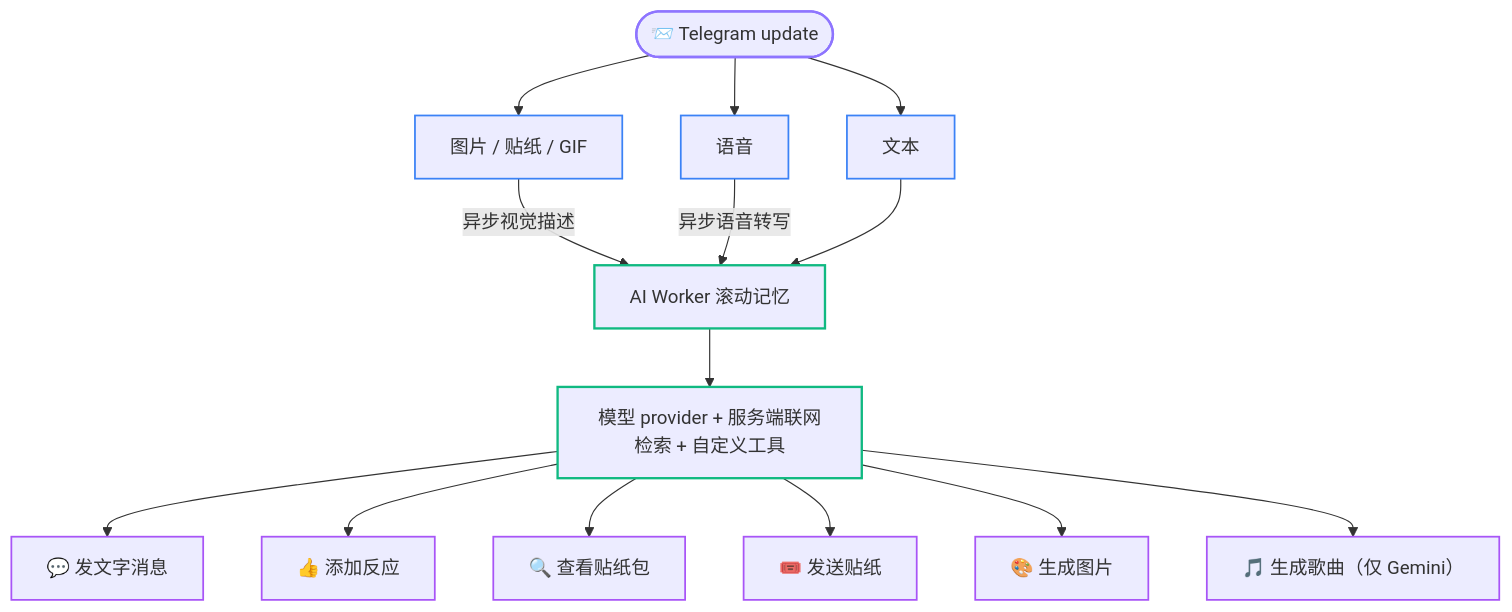
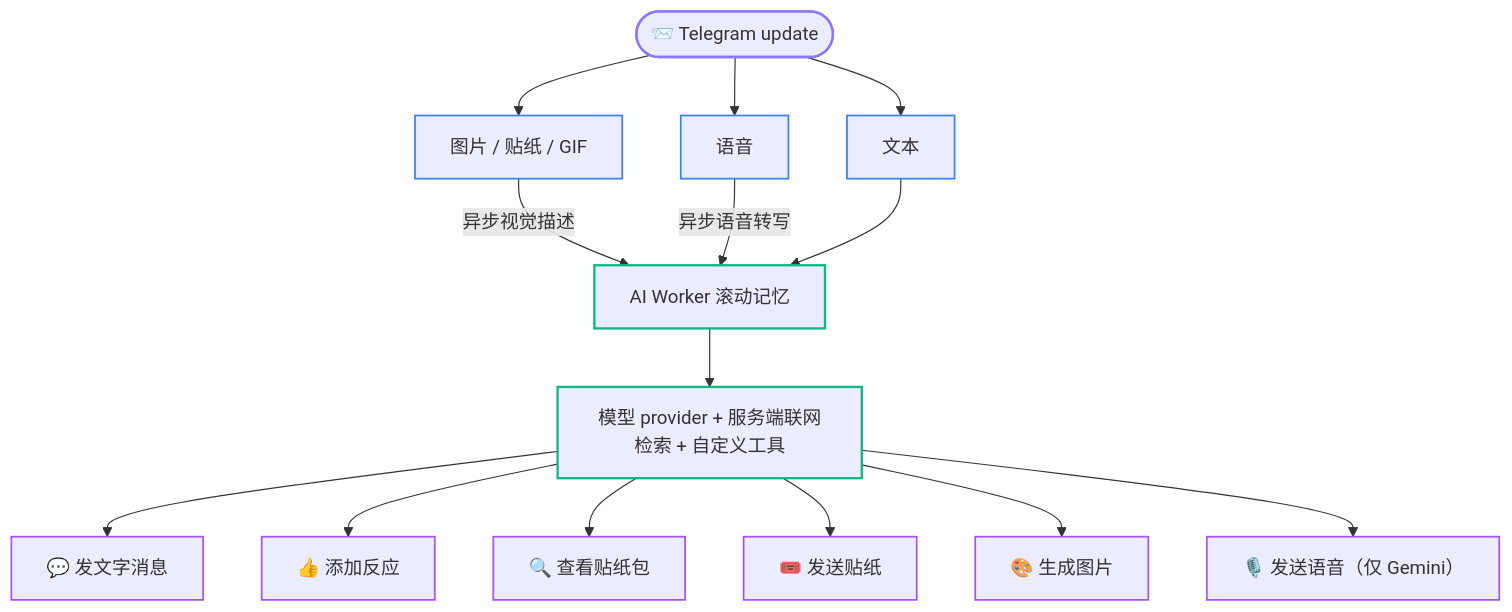
Before and after one commit to Asashishi/copy_ninjia: the second of 2 diagrams in docs/cn/02-architecture.md, drawn with Mermaid. The commit also changed other lines of this file and 506 other files, not shown here.

````diff
--- a/docs/cn/02-architecture.md
+++ b/docs/cn/02-architecture.md
@@ -64,22 +64,22 @@
 ```mermaid
 flowchart TD
     classDef input stroke:#8e75ff,stroke-width:2px;
     classDef process stroke:#3b82f6,stroke-width:1.5px;
     classDef ai stroke:#10b981,stroke-width:2px;
     classDef action stroke:#a855f7,stroke-width:1.5px;
 
     U(["📨 Telegram update"]):::input --> TXT["文本"]:::process
     U --> MED["图片 / 贴纸 / GIF"]:::process
     U --> VOC["语音"]:::process
     MED -- 异步视觉描述 --> MEM["AI Worker 滚动记忆"]:::ai
     VOC -- 异步语音转写 --> MEM
     TXT --> MEM
     MEM --> G["模型 provider + 服务端联网检索 + 自定义工具"]:::ai
 
     G --> A1["💬 发文字消息"]:::action
     G --> A2["👍 添加反应"]:::action
     G --> A3["🔍 查看贴纸包"]:::action
     G --> A4["🎟️ 发送贴纸"]:::action
     G --> A5["🎨 生成图片"]:::action
-    G --> A6["🎵 生成歌曲（仅 Gemini）"]:::action
+    G --> A6["🎙️ 发送语音（仅 Gemini）"]:::action
 ```
````
